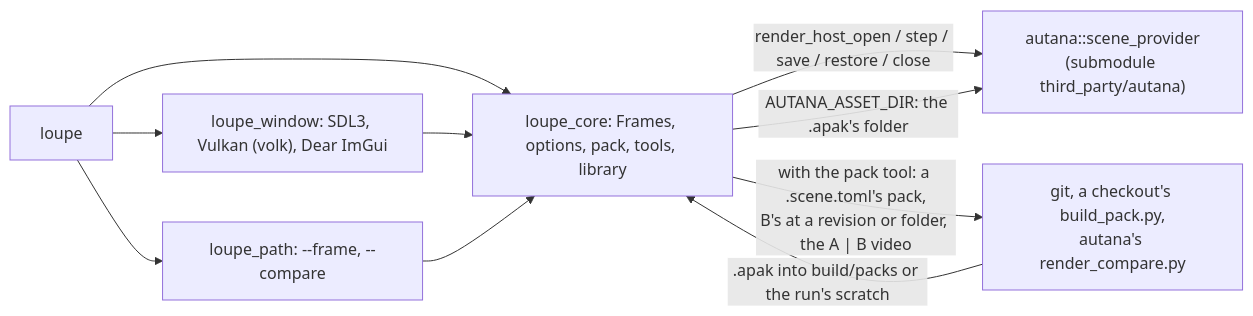
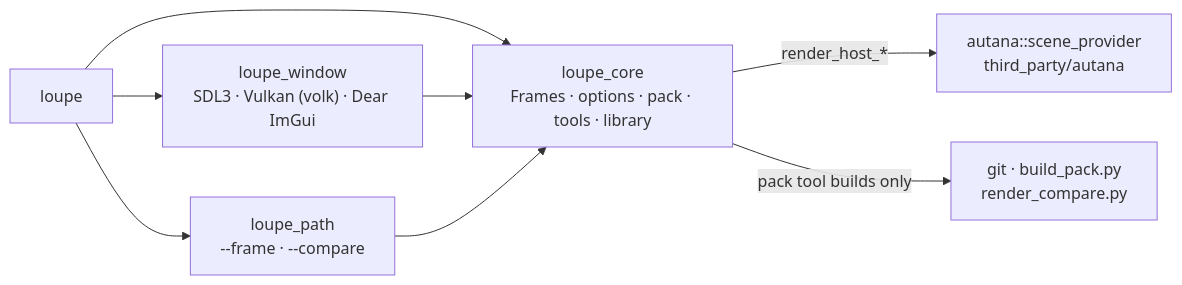
Before and after one commit to jose-villegas/loupe: the diagram in README.md, drawn with Mermaid.

Commit message:
README: the layer diagram with short edge labels, so nothing overlaps
The long edge labels were drawn over the nodes on GitHub. The details they
carried (pack folders, AUTANA_ASSET_DIR, what compare runs) are already in
the sections below.

````diff
--- a/README.md
+++ b/README.md
@@ -10,12 +10,11 @@
 ```mermaid
 flowchart LR
-  cli["loupe"] --> window["loupe_window: SDL3, Vulkan (volk), Dear ImGui"]
-  cli --> core["loupe_core: Frames, options, pack, tools, library"]
-  cli --> path["loupe_path: --frame, --compare"]
+  cli["loupe"] --> window["loupe_window<br/>SDL3 · Vulkan (volk) · Dear ImGui"]
+  cli --> path["loupe_path<br/>--frame · --compare"]
+  cli --> core
   window --> core
   path --> core
-  core -- "render_host_open / step / save / restore / close" --> autana["autana::scene_provider<br/>(submodule third_party/autana)"]
-  core -- "with the pack tool: a .scene.toml's pack,<br/>B's at a revision or folder, the A | B video" --> tools["git, a checkout's build_pack.py,<br/>autana's render_compare.py"]
-  tools -- ".apak into build/packs or the run's scratch" --> core
-  core -- "AUTANA_ASSET_DIR: the .apak's folder" --> autana
+  core["loupe_core<br/>Frames · options · pack · tools · library"]
+  core -- "render_host_*" --> autana["autana::scene_provider<br/>third_party/autana"]
+  core -- "pack tool builds only" --> tools["git · build_pack.py<br/>render_compare.py"]
 ```
````
